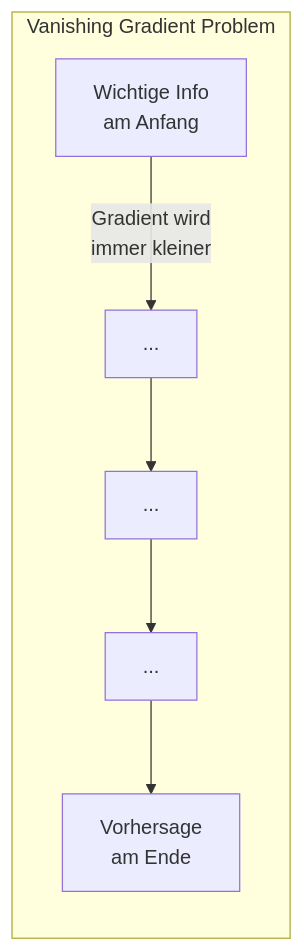
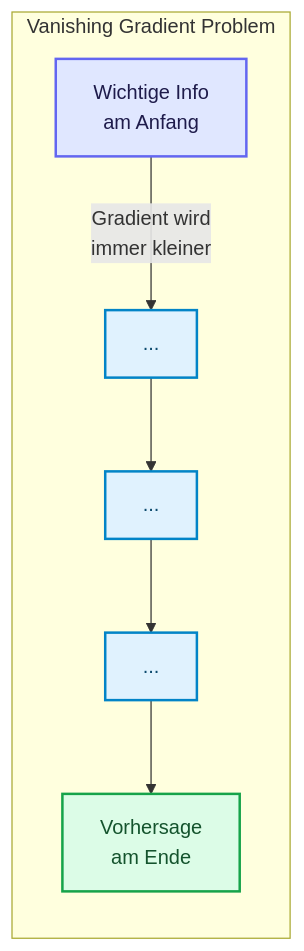
One commit to ralf-42/ML_Intro changed the ninth of 12 diagrams in docs/concepts/modeling/spezielle-neuronale-netze.md. Above: the diagram before and after it, drawn with Mermaid. The commit also changed other lines of this file and 49 other files, not shown here.

````diff
--- a/docs/concepts/modeling/spezielle-neuronale-netze.md
+++ b/docs/concepts/modeling/spezielle-neuronale-netze.md
@@ -448,12 +489,19 @@
 ```mermaid
 flowchart LR
     subgraph Problem["Vanishing Gradient Problem"]
         A["Wichtige Info<br/>am Anfang"] 
         B["..."]
         C["..."]
         D["..."]
         E["Vorhersage<br/>am Ende"]
     end
     
     A --> |"Gradient wird<br/>immer kleiner"| B --> C --> D --> E
+
+    classDef default fill:#e0f2fe,stroke:#0284c7,stroke-width:2px,color:#0c4a6e;
+    classDef input fill:#e0e7ff,stroke:#6366f1,stroke-width:2px,color:#1e1b4b;
+    classDef output fill:#dcfce7,stroke:#16a34a,stroke-width:2px,color:#14532d;
+
+    class A input;
+    class E output;
 ```
````
